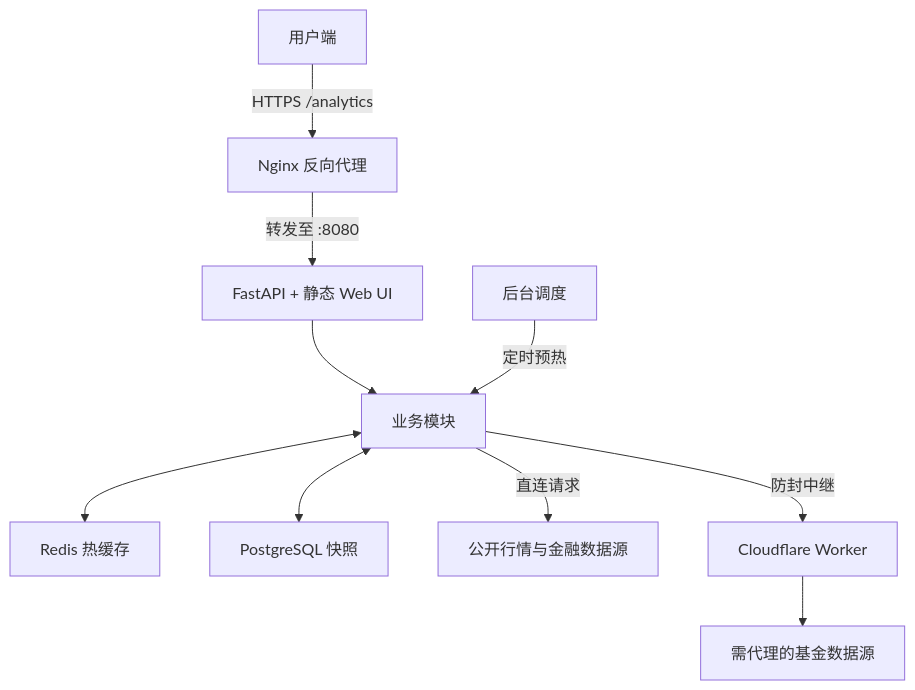
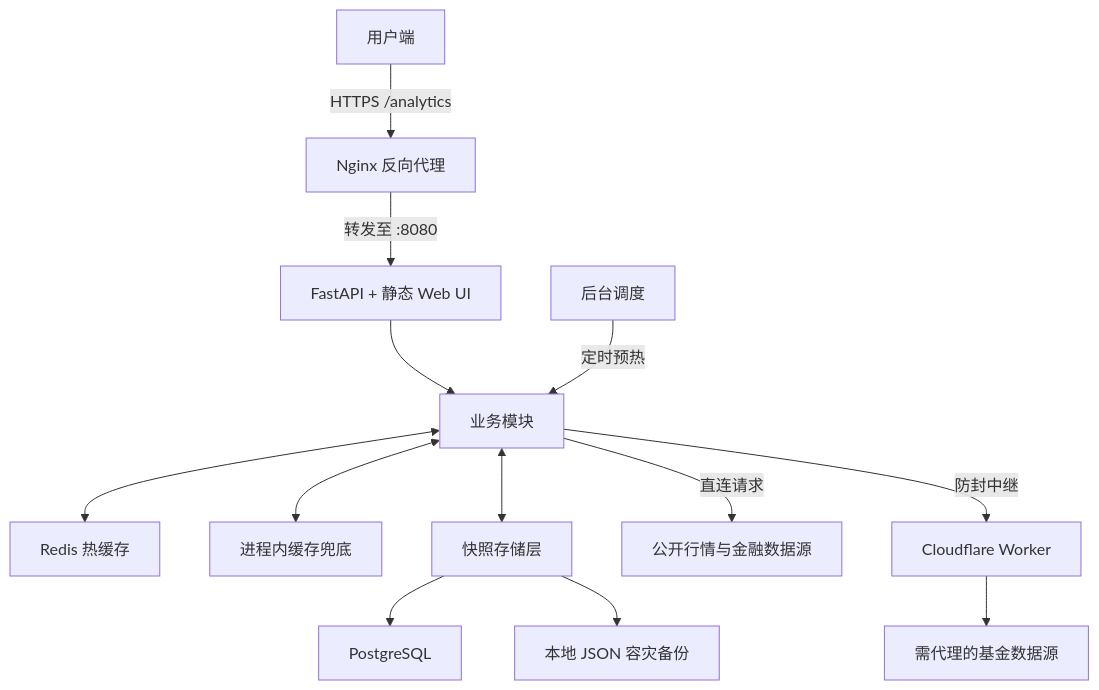
One commit to XERA-2011/x-analytics changed the diagram in README.md. Above: the diagram before and after it, drawn with Mermaid. The commit also changed other lines of this file and 6 other files, not shown here.

Commit message:
fix: add resilient local cache fallback

````diff
--- a/README.md
+++ b/README.md
@@ -11,14 +11,17 @@
 ```mermaid
 graph TD
     Client["用户端"] -->|"HTTPS /analytics"| Nginx["Nginx 反向代理"]
     Nginx -->|"转发至 :8080"| App["FastAPI + 静态 Web UI"]
 
     App --> Services["业务模块"]
     Scheduler["后台调度"] -->|"定时预热"| Services
 
     Services <--> Redis["Redis 热缓存"]
-    Services <--> Snapshot["PostgreSQL 快照"]
+    Services <--> LocalCache["进程内缓存兜底"]
+    Services <--> Snapshot["快照存储层"]
+    Snapshot --> Postgres["PostgreSQL"]
+    Snapshot --> LocalJSON["本地 JSON 容灾备份"]
 
     Services -->|"直连请求"| Sources["公开行情与金融数据源"]
     Services -->|"防封中继"| Worker["Cloudflare Worker"] --> FundSources["需代理的基金数据源"]
 ```
````
